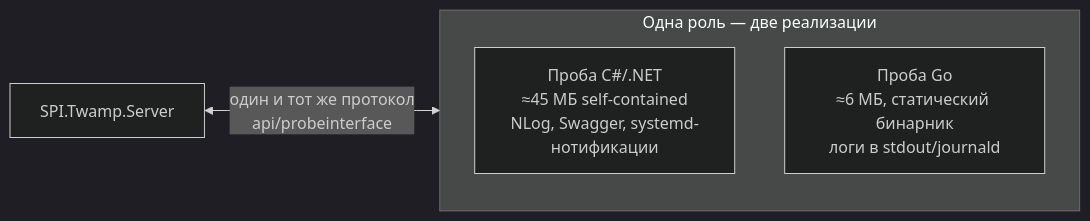
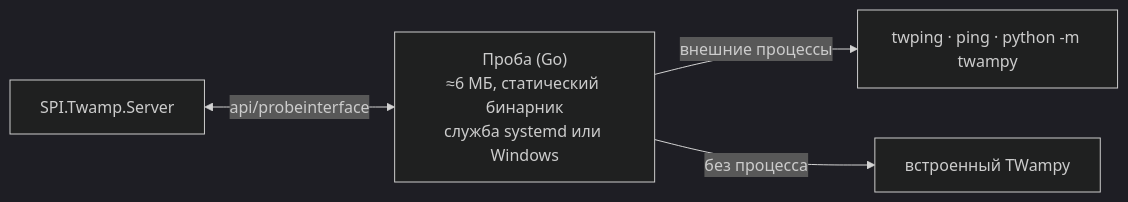
Before and after one commit to akprof2000/twamp-probe: the diagram in docs/go-probe.md, drawn with Mermaid (dark theme). The commit also changed other lines of this file and 70 other files, not shown here.

````diff
--- a/docs/go-probe.md
+++ b/docs/go-probe.md
@@ -12,9 +17,8 @@
 ```mermaid
 flowchart LR
     server["SPI.Twamp.Server"]
-    subgraph impls["Одна роль — две реализации"]
-        cs["Проба C#/.NET<br/>≈45 МБ self-contained<br/>NLog, Swagger, systemd-нотификации"]
-        go["Проба Go<br/>≈6 МБ, статический бинарник<br/>логи в stdout/journald"]
-    end
-    server <-->|"один и тот же протокол<br/>api/probeinterface"| impls
+    probe["Проба (Go)<br/>≈6 МБ, статический бинарник<br/>служба systemd или Windows"]
+    server <-->|"api/probeinterface"| probe
+    probe -->|"внешние процессы"| tools["twping · ping · python -m twampy"]
+    probe -->|"без процесса"| emb["встроенный TWampy"]
 ```
````
